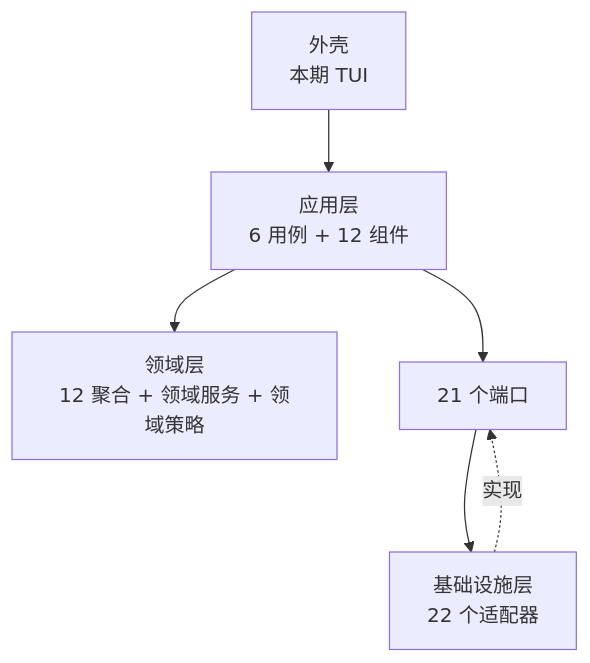
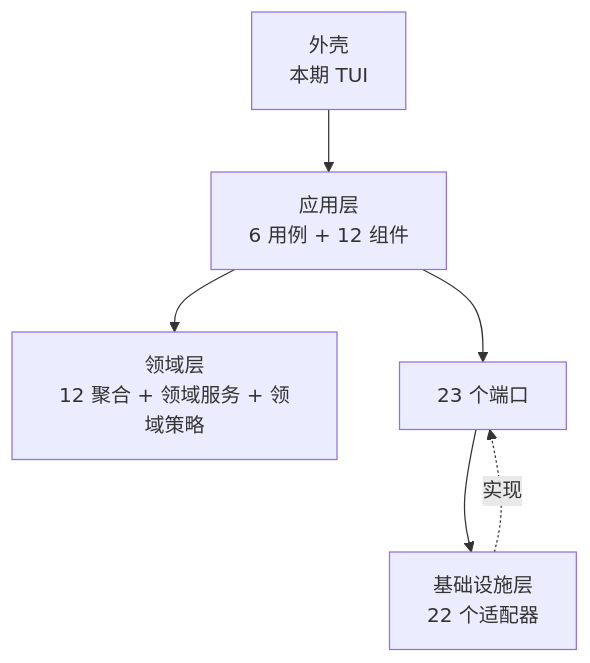
The fourth of 4 diagrams in model/模型图.md (zcd0831/Jellyfish-Docs), drawn with Mermaid before and after one commit. The commit also changed other lines of this file and 16 other files, not shown here.

````diff
--- a/model/模型图.md
+++ b/model/模型图.md
@@ -966,8 +1099,8 @@
 ```mermaid
 flowchart TD
     SHELL["外壳<br/>本期 TUI"] --> APP["应用层<br/>6 用例 + 12 组件"]
     APP --> DOM["领域层<br/>12 聚合 + 领域服务 + 领域策略"]
-    APP --> PORTS["21 个端口"]
+    APP --> PORTS["23 个端口"]
     PORTS --> INF["基础设施层<br/>22 个适配器"]
     INF -.实现.-> PORTS
 ```
````
